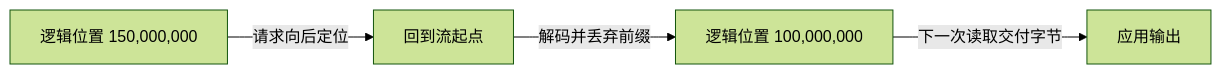
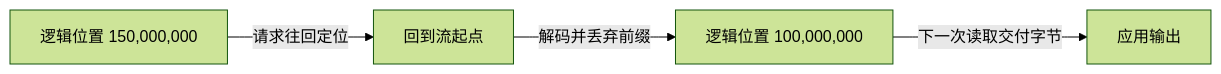
Before and after one commit to cla7aye15I4nd/oss-proof: the fourth of 4 diagrams in docs/guide/interfaces.zh.md, drawn with Mermaid (forest theme). The commit also changed other lines of this file and 6 other files, not shown here.

````diff
--- a/docs/guide/interfaces.zh.md
+++ b/docs/guide/interfaces.zh.md
@@ -160,6 +161,6 @@
 ```mermaid
 flowchart LR
-    current["逻辑位置 150,000,000"] -->|"请求向后定位"| start["回到流起点"]
+    current["逻辑位置 150,000,000"] -->|"请求往回定位"| start["回到流起点"]
     start -->|"解码并丢弃前缀"| target["逻辑位置 100,000,000"]
     target -->|"下一次读取交付字节"| next["应用输出"]
 ```
````
